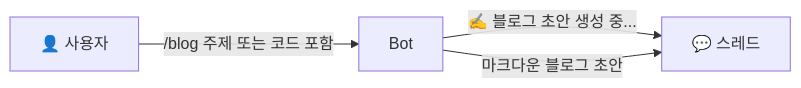
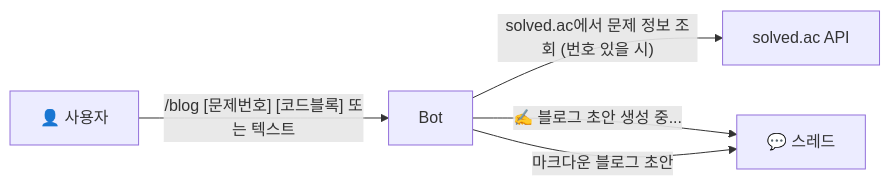
Before and after one commit to sammy0329/algo-daily-bot: the third of 5 diagrams in docs/PRD.md, drawn with Mermaid. The commit also changed other lines of this file and 4 other files, not shown here.

````diff
--- a/docs/PRD.md
+++ b/docs/PRD.md
@@ -108,6 +108,7 @@
 ```mermaid
 flowchart LR
-    User["👤 사용자"] -->|"/blog 주제 또는 코드 포함"| Bot
+    User["👤 사용자"] -->|"/blog [문제번호] [코드블록] 또는 텍스트"| Bot
+    Bot -->|"solved.ac에서 문제 정보 조회 (번호 있을 시)"| SOLVD["solved.ac API"]
     Bot -->|"✍️ 블로그 초안 생성 중..."| Thread["💬 스레드"]
     Bot -->|"마크다운 블로그 초안"| Thread
 ```
````
